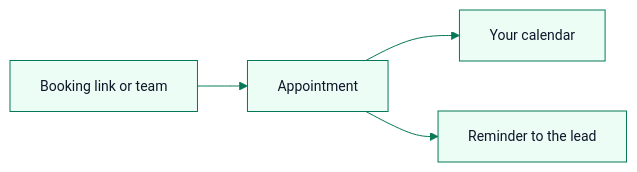
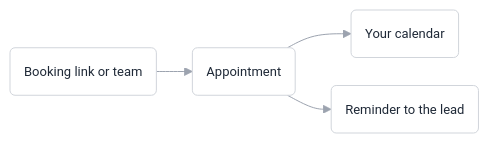
One commit to BharathVasireddy/marro-docs changed the diagram in guides/appointments.mdx. Above: the diagram before and after it, drawn with Mermaid. The commit also changed 95 other files, not shown here.

First line of the commit message:
One guide per settings screen, in the Settings menu's order, with diagrams only where they are needed

````diff
--- a/guides/appointments.mdx
+++ b/guides/appointments.mdx
@@ -8,7 +8,7 @@
 ```mermaid
-%%{init: {'theme':'base','themeVariables':{'primaryColor':'#ecfdf5','primaryBorderColor':'#047857','primaryTextColor':'#0f172a','lineColor':'#047857','fontSize':'14px'}}}%%
+%%{init: {'theme':'base','flowchart':{'curve':'basis','padding':14,'nodeSpacing':28,'rankSpacing':36},'themeVariables':{'primaryColor':'#ffffff','primaryBorderColor':'#d1d5db','primaryTextColor':'#1f2937','lineColor':'#9ca3af','fontFamily':'Inter, ui-sans-serif, sans-serif','fontSize':'13px','edgeLabelBackground':'#ffffff'}}}%%
 flowchart LR
-  A[Booking link or team] --> B[Appointment]
-  B --> C[Your calendar]
-  B --> D[Reminder to the lead]
+  A(Booking link or team) --> B(Appointment)
+  B --> C(Your calendar)
+  B --> D(Reminder to the lead)
 ```
````
